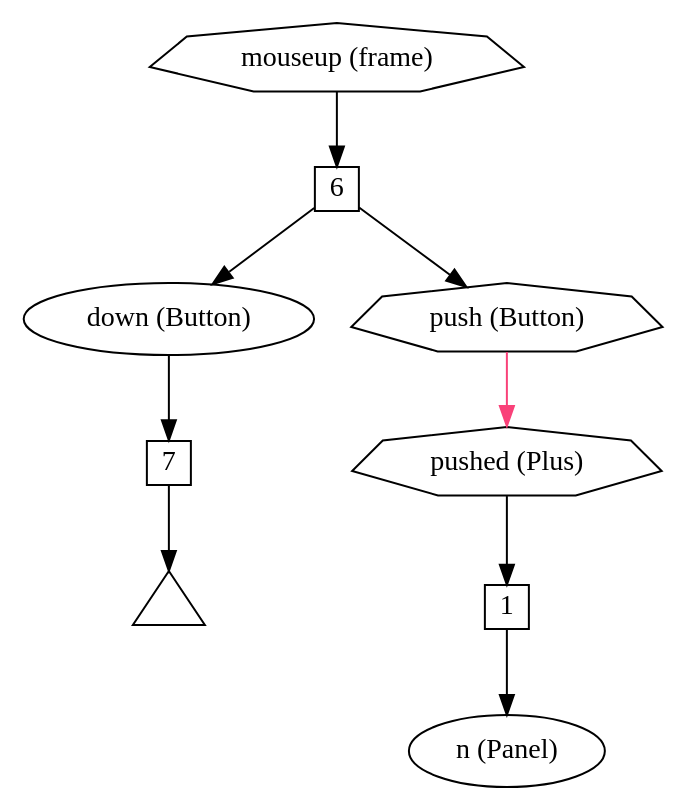
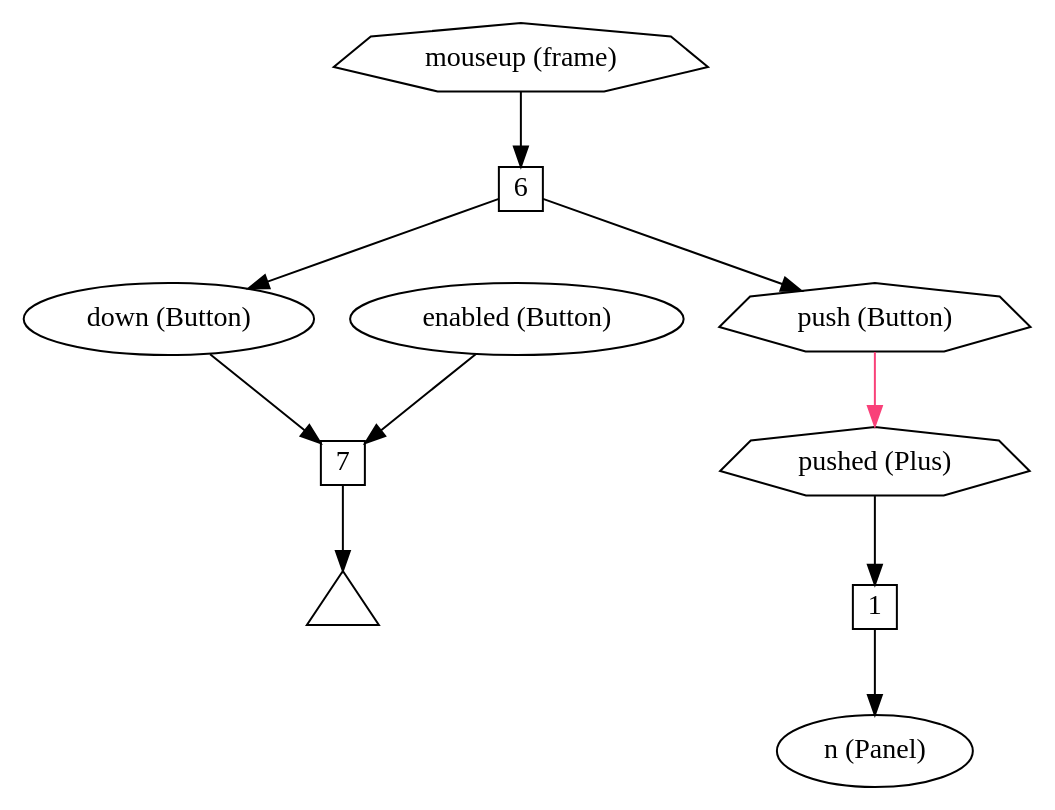
The diagram in spec/fig/graph-watch-671.gv (bendr/bender), drawn with Graphviz before and after one commit. The commit also changed 13 other files, not shown here.

Commit message:
Updating example (TODO update the graph traversal example)

```diff
--- a/spec/fig/graph-watch-671.gv
+++ b/spec/fig/graph-watch-671.gv
@@ -1,26 +1,28 @@
 digraph bender {
   node [fontname="Avenir Next"];
   edge [fontname="Avenir Next"];
 
   mouseup [label="mouseup (frame)", shape=septagon];
   down [label="down (Button)"];
+  enabled [label="enabled (Button)"];
   pushed [label="push (Button)", shape=septagon];
   w6 [label="6", shape=square, fixedsize=true, width=0.3];
   mouseup -> w6;
   w6 -> down;
   w6 -> pushed;
 
   w7 [label="7", shape=square, fixedsize=true, width=0.3];
   t [label="", shape=triangle, fixedsize=true, width=0.5];
   down -> w7;
+  enabled -> w7;
   w7 -> t;
 
   ppushed [label="pushed (Plus)", shape=septagon];
   w1 [label="1", shape=square, fixedsize=true, width=0.3];
   ppushed -> w1;
   w1 -> n;
 
   n [label="n (Panel)"];
   pushed -> ppushed [color="#f94179"];
   
 }
```
